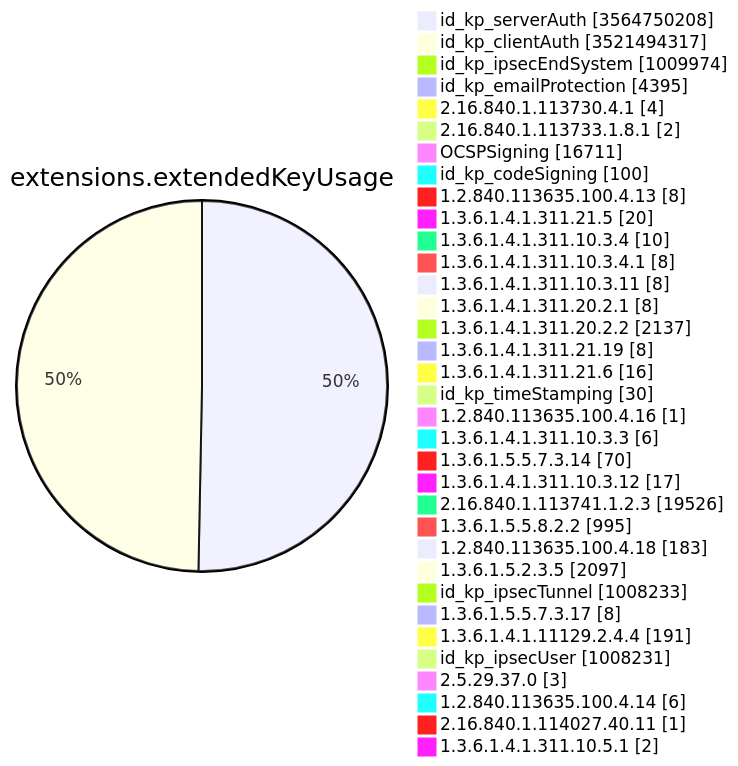
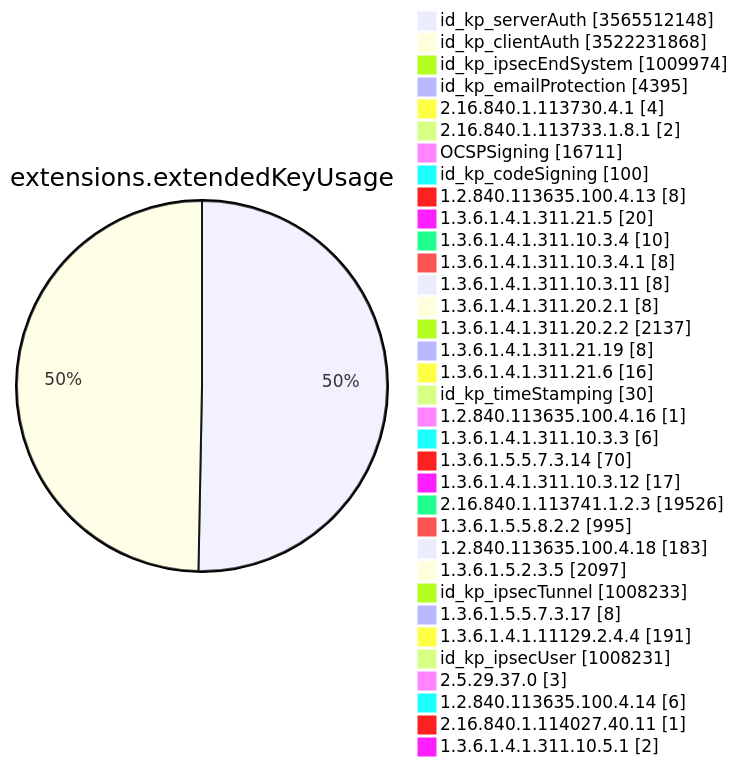
One commit to christiankrug/ctmonitor_visualization changed diagram 11 of 15 in TOTAL/README.md. Above: the diagram before and after it, drawn with Mermaid. The commit also changed other lines of this file, not shown here.

````diff
--- a/TOTAL/README.md
+++ b/TOTAL/README.md
@@ -4128,38 +4128,38 @@
 ```mermaid
 pie showData
 title extensions.extendedKeyUsage
-"id_kp_serverAuth" :3564750208
-"id_kp_clientAuth" :3521494317
+"id_kp_serverAuth" :3565512148
+"id_kp_clientAuth" :3522231868
 "id_kp_ipsecEndSystem" :1009974
 "id_kp_emailProtection" :4395
 "2.16.840.1.113730.4.1" :4
 "2.16.840.1.113733.1.8.1" :2
 "OCSPSigning" :16711
 "id_kp_codeSigning" :100
 "1.2.840.113635.100.4.13" :8
 "1.3.6.1.4.1.311.21.5" :20
 "1.3.6.1.4.1.311.10.3.4" :10
 "1.3.6.1.4.1.311.10.3.4.1" :8
 "1.3.6.1.4.1.311.10.3.11" :8
 "1.3.6.1.4.1.311.20.2.1" :8
 "1.3.6.1.4.1.311.20.2.2" :2137
 "1.3.6.1.4.1.311.21.19" :8
 "1.3.6.1.4.1.311.21.6" :16
 "id_kp_timeStamping" :30
 "1.2.840.113635.100.4.16" :1
 "1.3.6.1.4.1.311.10.3.3" :6
 "1.3.6.1.5.5.7.3.14" :70
 "1.3.6.1.4.1.311.10.3.12" :17
 "2.16.840.1.113741.1.2.3" :19526
 "1.3.6.1.5.5.8.2.2" :995
 "1.2.840.113635.100.4.18" :183
 "1.3.6.1.5.2.3.5" :2097
 "id_kp_ipsecTunnel" :1008233
 "1.3.6.1.5.5.7.3.17" :8
 "1.3.6.1.4.1.11129.2.4.4" :191
 "id_kp_ipsecUser" :1008231
 "2.5.29.37.0" :3
 "1.2.840.113635.100.4.14" :6
 "2.16.840.1.114027.40.11" :1
 "1.3.6.1.4.1.311.10.5.1" :2
 ```
````
